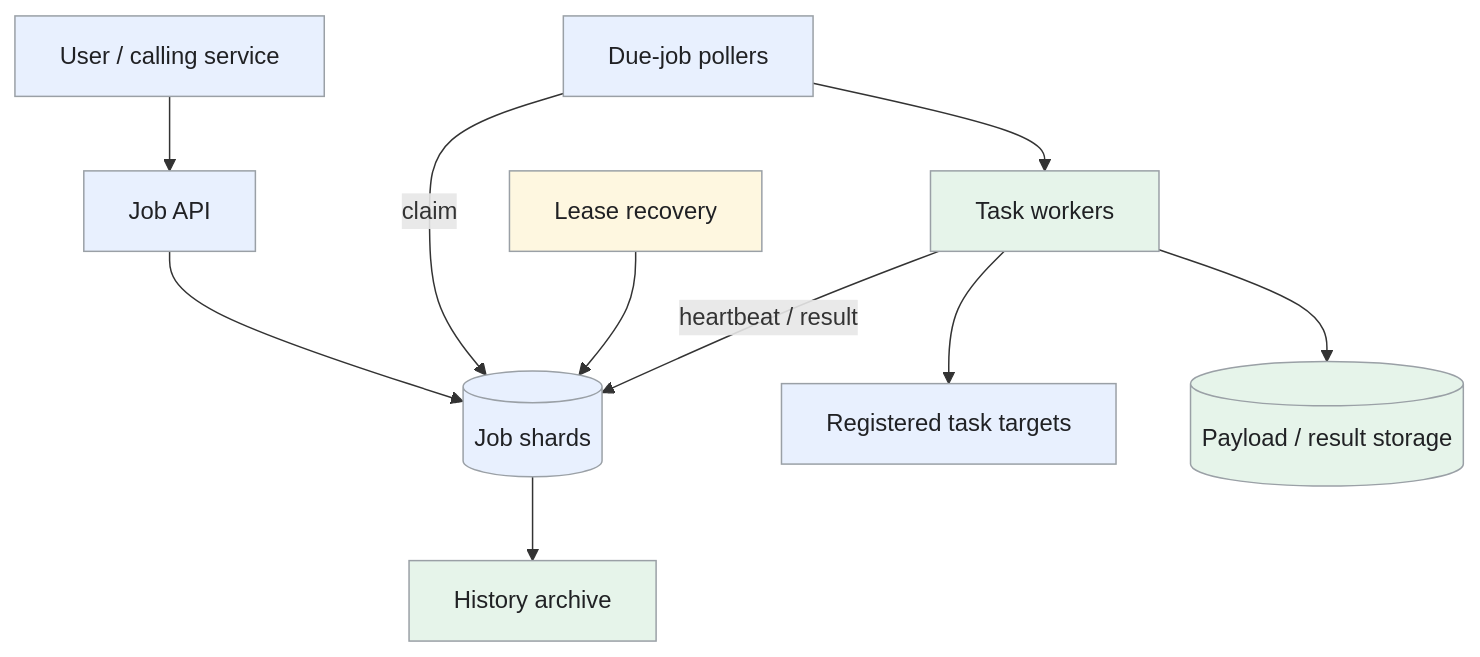
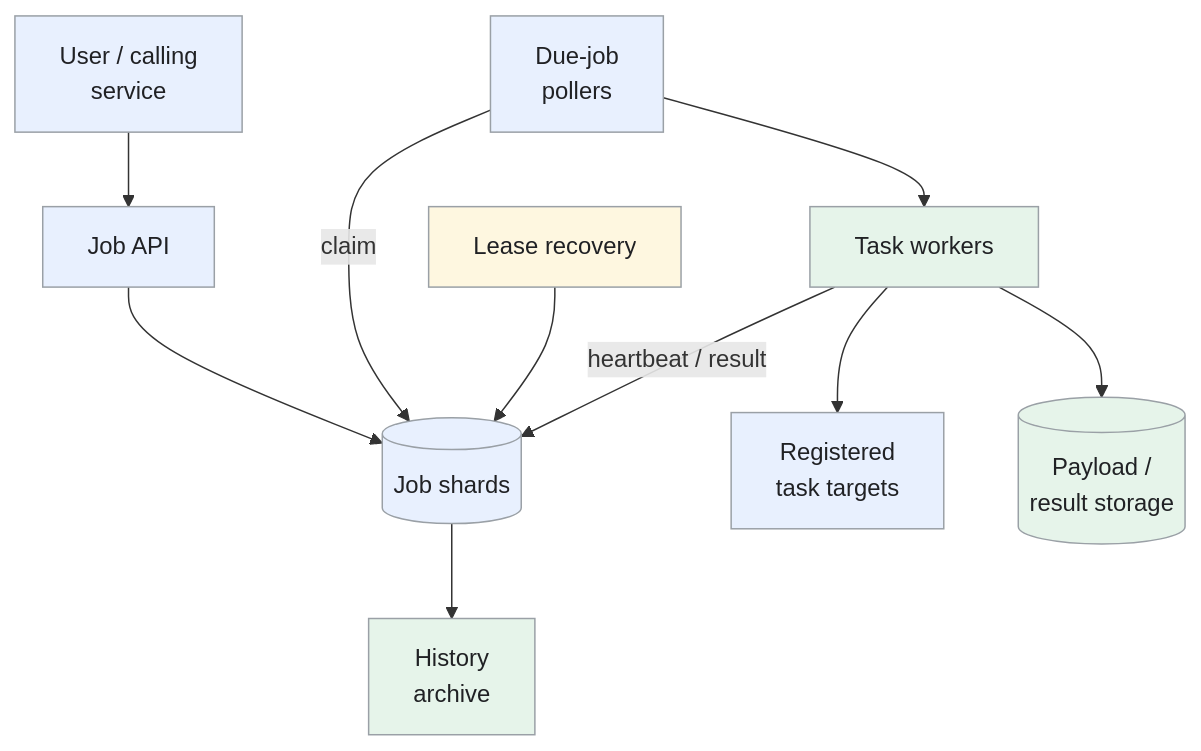
The first of 4 diagrams in _designs/system-design-job-scheduler.md (iliazlobin/iliazlobin.github.io), drawn with Mermaid before and after one commit. The commit also changed other lines of this file and 116 other files, not shown here.

````diff
--- a/_designs/system-design-job-scheduler.md
+++ b/_designs/system-design-job-scheduler.md
@@ -128,18 +128,18 @@
 ```mermaid
 flowchart TB
-  U["User / calling service"] --> API["Job API"]
+  U["User / calling<br>service"] --> API["Job API"]
   API --> DB[("Job shards")]
-  P["Due-job pollers"] -->|claim| DB
+  P["Due-job<br>pollers"] -->|claim| DB
   P --> W["Task workers"]
   W -->|heartbeat / result| DB
-  W --> T["Registered task targets"]
-  W --> O[("Payload / result storage")]
+  W --> T["Registered<br>task targets"]
+  W --> O[("Payload /<br>result storage")]
   R["Lease recovery"] --> DB
-  DB --> A["History archive"]
+  DB --> A["History<br>archive"]
   classDef request fill:#e8f0fe,stroke:#9aa0a6,color:#202124,stroke-width:1px
   classDef background fill:#e6f4ea,stroke:#9aa0a6,color:#202124,stroke-width:1px
   classDef control fill:#fef7e0,stroke:#9aa0a6,color:#202124,stroke-width:1px
   class U,API,DB,P,T request
   class W,O,A background
   class R control
 ```
````
